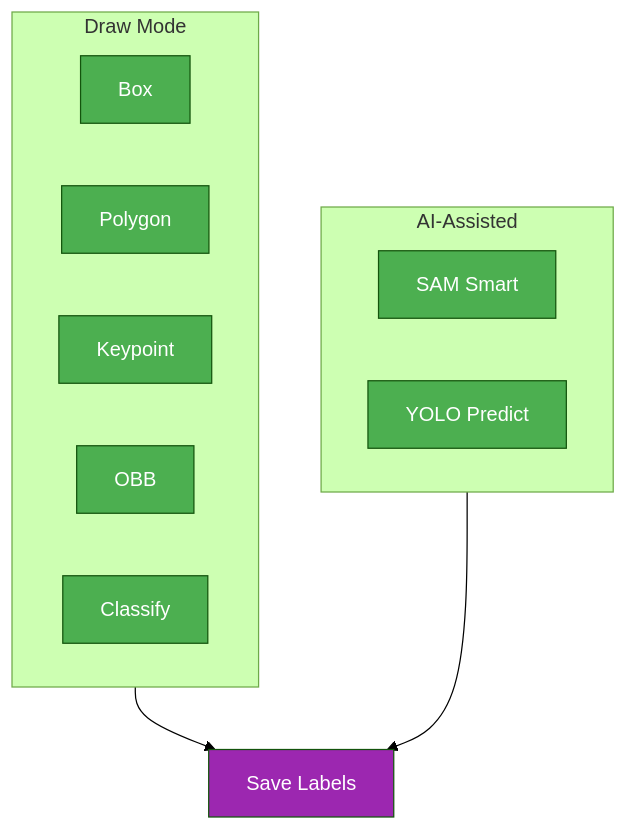
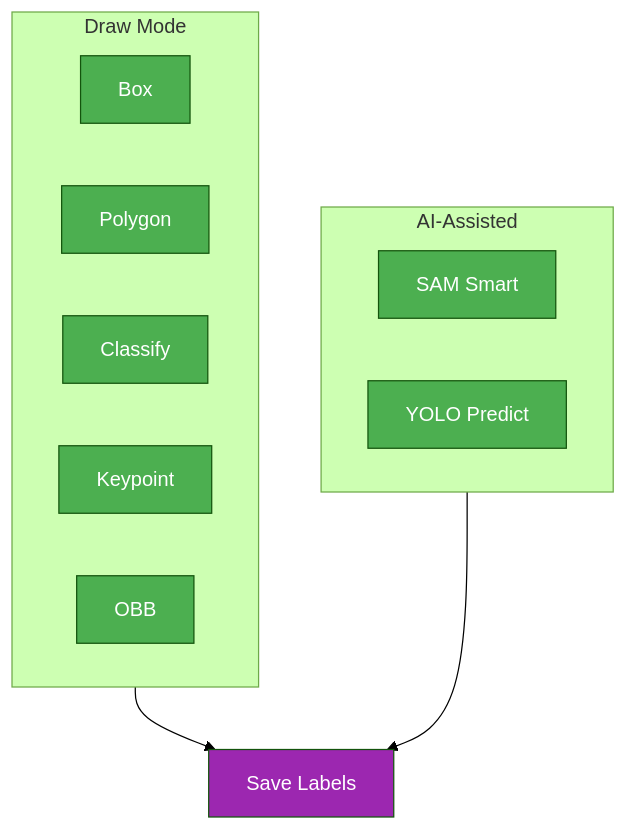
One commit to Rehman-AD/cv-yolov8-core changed the first of 3 diagrams in docs/en/platform/data/annotation.md. Above: the diagram before and after it, drawn with Mermaid (forest theme). The commit also changed 37 other files, not shown here.

````diff
--- a/docs/en/platform/data/annotation.md
+++ b/docs/en/platform/data/annotation.md
@@ -14,15 +14,15 @@
 ```mermaid
 graph TB
     subgraph Draw["Draw Mode"]
-        A[Box]:::start & B[Polygon]:::start & C[Keypoint]:::start & D[OBB]:::start & E[Classify]:::start
+        A[Box]:::start & B[Polygon]:::start & C[Classify]:::start & D[Keypoint]:::start & E[OBB]:::start
     end
     subgraph AI["AI-Assisted"]
         F[SAM Smart]:::start
         G[YOLO Predict]:::start
     end
     Draw --> H[Save Labels]:::out
     AI --> H
 
     classDef start fill:#4CAF50,color:#fff
     classDef out fill:#9C27B0,color:#fff
 ```
````
